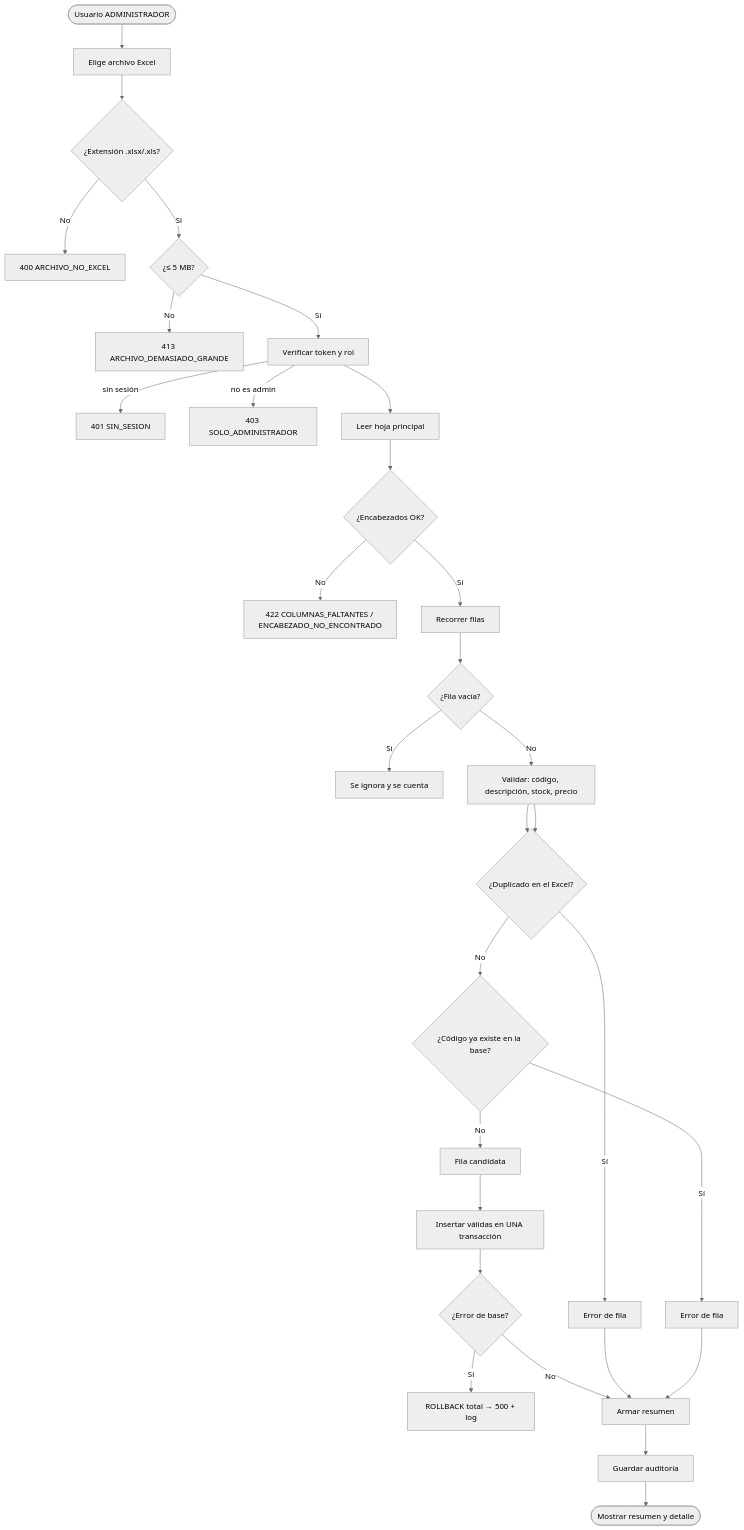
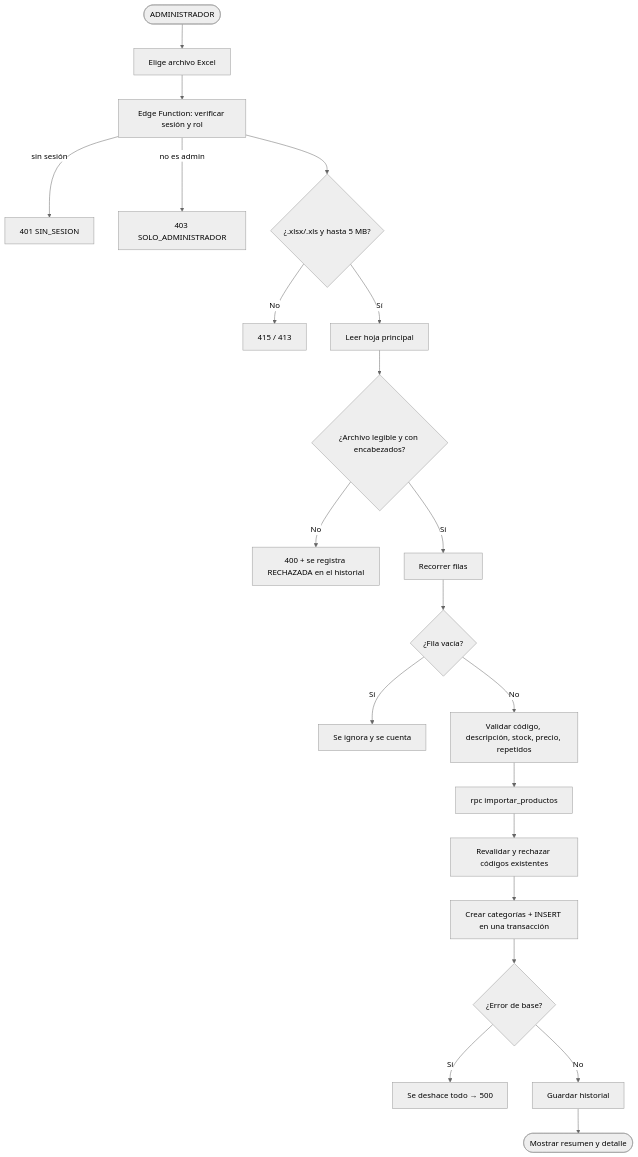
Before and after one commit to FishingSolutions/gestor-stock-server: the first of 2 diagrams in docs/importar-productos/README.md, drawn with Mermaid (neutral theme). The commit also changed other lines of this file and 42 other files, not shown here.

First line of the commit message:
feat(importacion): importar productos desde Excel en Supabase

````diff
--- a/docs/importar-productos/README.md
+++ b/docs/importar-productos/README.md
@@ -287,32 +199,23 @@
 ```mermaid
 flowchart TD
-    A([Usuario ADMINISTRADOR]) --> B[Elige archivo Excel]
-    B --> C{¿Extensión .xlsx/.xls?}
-    C -- No --> C1[400 ARCHIVO_NO_EXCEL]
-    C -- Sí --> D{¿≤ 5 MB?}
-    D -- No --> D1[413 ARCHIVO_DEMASIADO_GRANDE]
-    D -- Sí --> E[Verificar token y rol]
+    A([ADMINISTRADOR]) --> B[Elige archivo Excel]
+    B --> E[Edge Function: verificar sesión y rol]
     E -->|sin sesión| E1[401 SIN_SESION]
     E -->|no es admin| E2[403 SOLO_ADMINISTRADOR]
-    E --> F[Leer hoja principal]
-    F --> G{¿Encabezados OK?}
-    G -- No --> G1[422 COLUMNAS_FALTANTES / ENCABEZADO_NO_ENCONTRADO]
+    E --> C{¿.xlsx/.xls y hasta 5 MB?}
+    C -- No --> C1[415 / 413]
+    C -- Sí --> F[Leer hoja principal]
+    F --> G{¿Archivo legible y con encabezados?}
+    G -- No --> G1[400 + se registra RECHAZADA en el historial]
     G -- Sí --> H[Recorrer filas]
     H --> I{¿Fila vacía?}
     I -- Sí --> I1[Se ignora y se cuenta]
-    I -- No --> J[Validar: código, descripción, stock, precio]
-    J --> K{¿Duplicado en el Excel?}
-    K -- Sí --> K1[Error de fila]
-    K -- No --> L{¿Código ya existe en la base?}
-    L -- Sí --> L1[Error de fila]
-    L -- No --> M[Fila candidata]
-    J --> K
-    M --> N[Insertar válidas en UNA transacción]
-    N --> O{¿Error de base?}
-    O -- Sí --> O1[ROLLBACK total → 500 + log]
-    O -- No --> P[Armar resumen]
-    K1 --> P
-    L1 --> P
-    P --> Q[Guardar auditoría]
-    Q --> R([Mostrar resumen y detalle])
+    I -- No --> J[Validar código, descripción, stock, precio, repetidos]
+    J --> K[rpc importar_productos]
+    K --> L[Revalidar y rechazar códigos existentes]
+    L --> M[Crear categorías + INSERT en una transacción]
+    M --> N{¿Error de base?}
+    N -- Sí --> N1[Se deshace todo → 500]
+    N -- No --> O[Guardar historial]
+    O --> R([Mostrar resumen y detalle])
 ```
````
